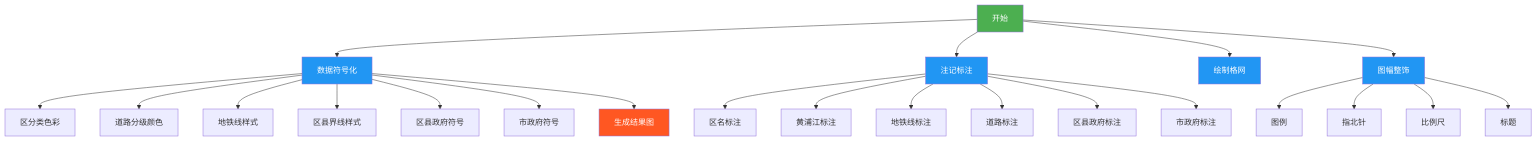
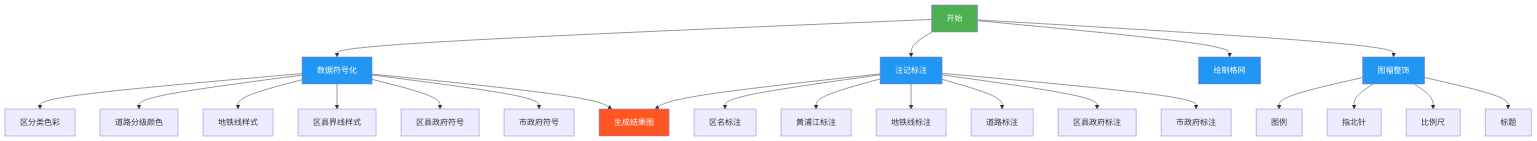
One commit to newguser/iodraw-files changed the diagram in all/未命名.md. Above: the diagram before and after it, drawn with Mermaid.

Commit message:
2025-02-27 10:29:01 update

````diff
--- a/all/未命名.md
+++ b/all/未命名.md
@@ -1,33 +1,34 @@
 ```mermaid
 graph TD
     A[开始] --> B[数据符号化]
     B --> B1[区分类色彩]
     B --> B2[道路分级颜色]
     B --> B3[地铁线样式]
     B --> B4[区县界线样式]
     B --> B5[区县政府符号]
     B --> B6[市政府符号]
 
     A --> C[注记标注]
     C --> C1[区名标注]
     C --> C2[黄浦江标注]
     C --> C3[地铁线标注]
     C --> C4[道路标注]
     C --> C5[区县政府标注]
     C --> C6[市政府标注]
 
     A --> D[绘制格网]
     A --> E[图幅整饰]
     E --> E1[图例]
     E --> E2[指北针]
     E --> E3[比例尺]
     E --> E4[标题]
 
     B --> F[生成结果图]
+    C--> F[生成结果图]
     
 
     style A fill:#4CAF50,color:white
     style F fill:#FF5722,color:white
     classDef process fill:#2196F3,color:white;
     class B,C,D,E process
 ```
````
